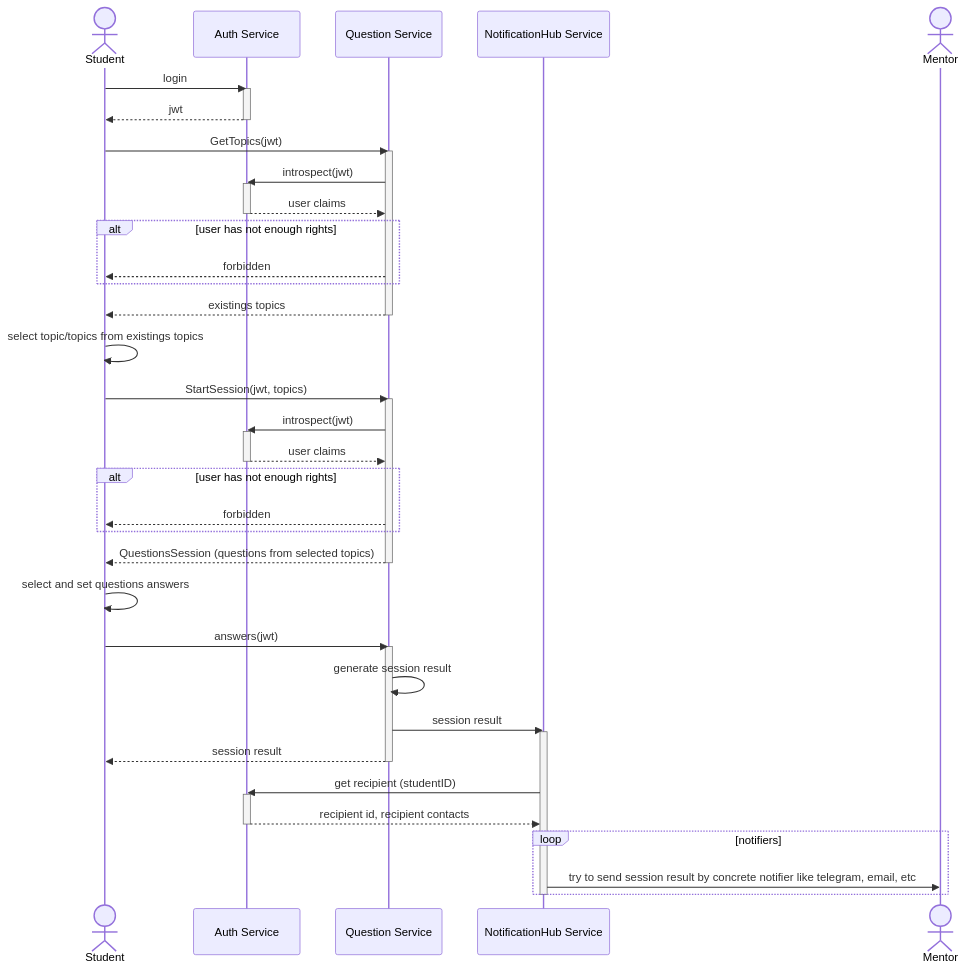
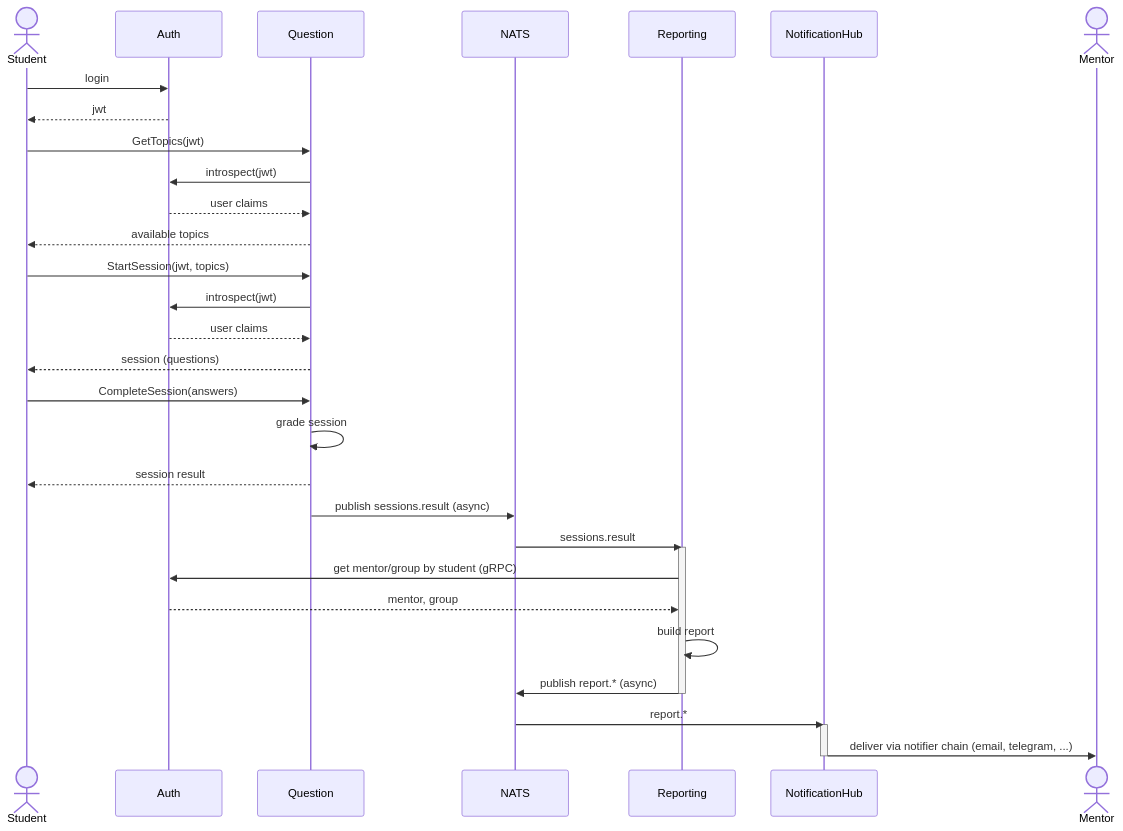
Before and after one commit to parta4ok/erudite: the diagram in readme.md, drawn with Mermaid. The commit also changed other lines of this file and 1 other file, not shown here.

````diff
--- a/readme.md
+++ b/readme.md
@@ -75,58 +16,41 @@
 ```mermaid
 sequenceDiagram
     actor S as Student
-    participant A as Auth Service
-    participant Q as Question Service
-    participant N as NotificationHub Service
+    participant A as Auth
+    participant Q as Question
+    participant NATS as NATS
+    participant R as Reporting
+    participant N as NotificationHub
     actor M as Mentor
 
     S ->> A: login
-    activate A
     A -->> S: jwt
-    deactivate A
 
     S ->> Q: GetTopics(jwt)
-    activate Q
     Q ->> A: introspect(jwt)
-    activate A
     A -->> Q: user claims
-    deactivate A
-    ALT user has not enough rights
-        Q -->> S: forbidden
-    END
-    Q -->>S: existings topics
-    deactivate Q
-
-    S ->>S: select topic/topics from existings topics
+    Q -->> S: available topics
 
     S ->> Q: StartSession(jwt, topics)
-    activate Q
     Q ->> A: introspect(jwt)
-    activate A
     A -->> Q: user claims
-    deactivate A
-    ALT user has not enough rights
-        Q -->> S: forbidden
-    END
-    Q -->> S: QuestionsSession (questions from selected topics)
-    deactivate Q
-    S ->> S: select and set questions answers
+    Q -->> S: session (questions)
 
-    S ->> Q: answers(jwt)
-    activate Q
-    Q ->> Q: generate session result
-    Q ->> N: session result
+    S ->> Q: CompleteSession(answers)
+    Q ->> Q: grade session
+    Q -->> S: session result
+    Q ->> NATS: publish sessions.result (async)
+
+    NATS ->> R: sessions.result
+    activate R
+    R ->> A: get mentor/group by student (gRPC)
+    A -->> R: mentor, group
+    R ->> R: build report
+    R ->> NATS: publish report.* (async)
+    deactivate R
+
+    NATS ->> N: report.*
     activate N
-    Q -->> S: session result
-    deactivate Q
-
-    N ->> A: get recipient (studentID)
-    activate A
-    A -->> N: recipient id, recipient contacts
-    deactivate A
-    Loop notifiers
-        N ->> M: try to send session result by concrete notifier like telegram, email, etc
-
-    END
+    N ->> M: deliver via notifier chain (email, telegram, ...)
     deactivate N
 ```
````
